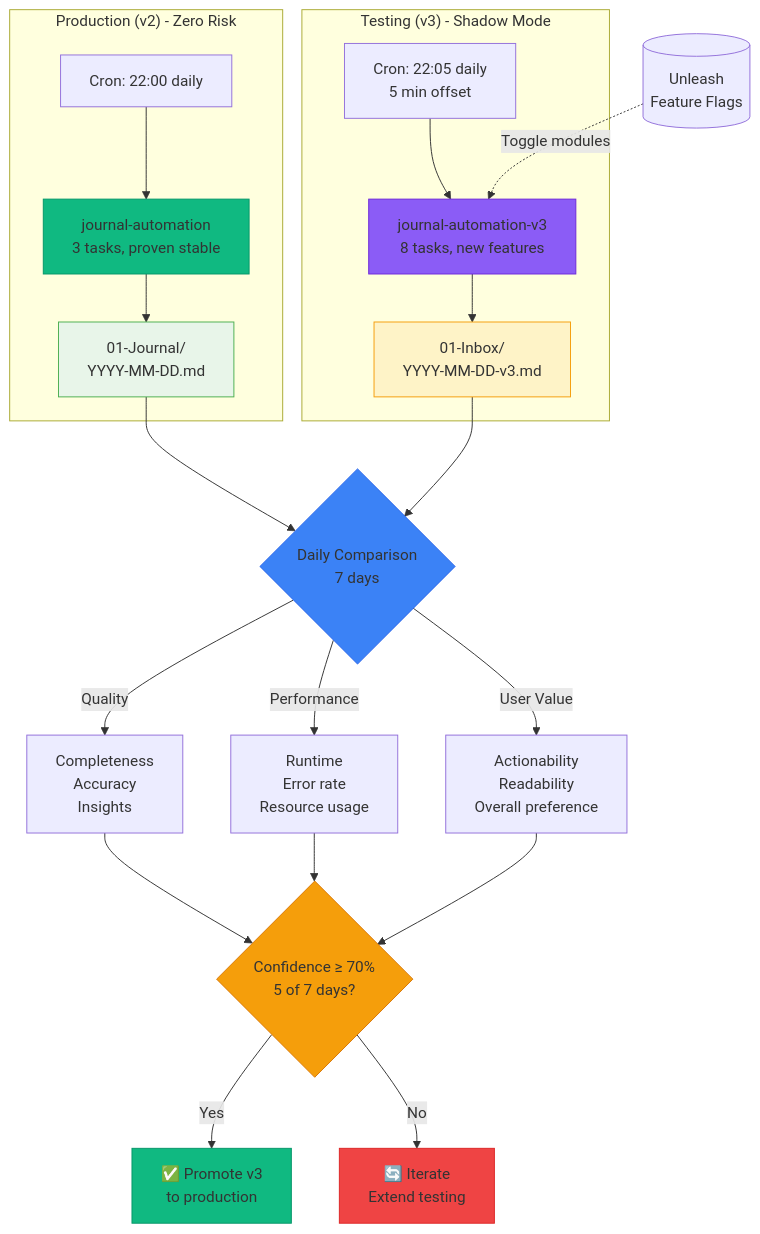
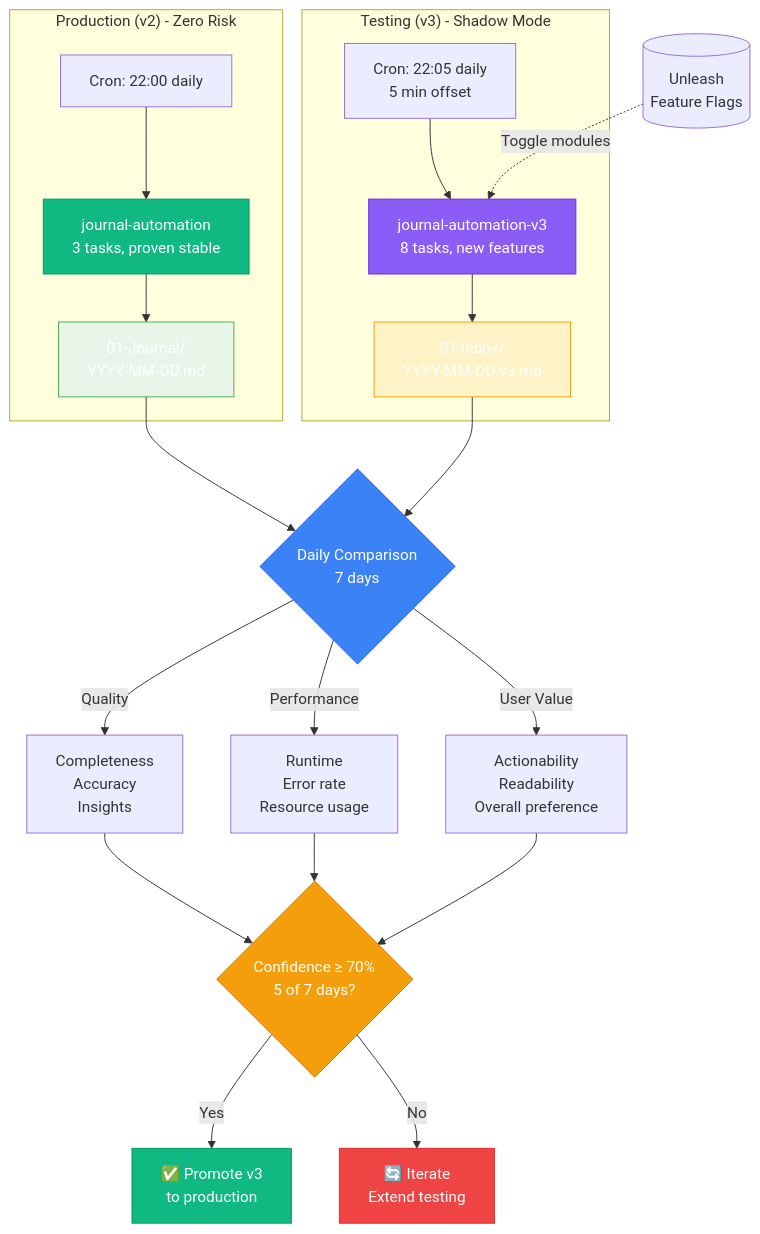
The sixth of 6 diagrams in src/data/blog/season-2-episode-4-three-systems-parallel-testing.md (rduffyuk/blog-astro), drawn with Mermaid before and after one commit. The commit also changed other lines of this file, not shown here.

First line of the commit message:
Match diagram 2 color pattern for dark mode compatibility

````diff
--- a/src/data/blog/season-2-episode-4-three-systems-parallel-testing.md
+++ b/src/data/blog/season-2-episode-4-three-systems-parallel-testing.md
@@ -639,46 +636,46 @@
 ```mermaid
 graph TB
     subgraph Production["Production (v2) - Zero Risk"]
         V2Cron[Cron: 22:00 daily]
         V2Flow[journal-automation<br/>3 tasks, proven stable]
         V2Output[01-Journal/<br/>YYYY-MM-DD.md]
 
         V2Cron --> V2Flow --> V2Output
 
-        style V2Flow fill:#10b981,stroke:#059669
-        style V2Output fill:#e8f5e9,stroke:#4caf50
+        style V2Flow fill:#10b981,stroke:#059669,color:#fff
+        style V2Output fill:#e8f5e9,stroke:#4caf50,color:#fff
     end
 
     subgraph Testing["Testing (v3) - Shadow Mode"]
         V3Cron[Cron: 22:05 daily<br/>5 min offset]
         V3Flow[journal-automation-v3<br/>8 tasks, new features]
         V3Output[01-Inbox/<br/>YYYY-MM-DD-v3.md]
 
         V3Cron --> V3Flow --> V3Output
 
-        style V3Flow fill:#8b5cf6,stroke:#6d28d9
-        style V3Output fill:#fef3c7,stroke:#f59e0b
+        style V3Flow fill:#8b5cf6,stroke:#6d28d9,color:#fff
+        style V3Output fill:#fef3c7,stroke:#f59e0b,color:#fff
     end
 
     Compare{Daily Comparison<br/>7 days}
     V2Output --> Compare
     V3Output --> Compare
 
     Compare -->|Quality| Score1[Completeness<br/>Accuracy<br/>Insights]
     Compare -->|Performance| Score2[Runtime<br/>Error rate<br/>Resource usage]
     Compare -->|User Value| Score3[Actionability<br/>Readability<br/>Overall preference]
 
     Score1 --> Decision{Confidence ≥ 70%<br/>5 of 7 days?}
     Score2 --> Decision
     Score3 --> Decision
 
     Decision -->|Yes| Promote[✅ Promote v3<br/>to production]
     Decision -->|No| Iterate[🔄 Iterate<br/>Extend testing]
 
     Unleash[(Unleash<br/>Feature Flags)] -.->|Toggle modules| V3Flow
 
-    style Compare fill:#3b82f6,stroke:#2563eb
-    style Decision fill:#f59e0b,stroke:#d97706
-    style Promote fill:#10b981,stroke:#059669
-    style Iterate fill:#ef4444,stroke:#dc2626
+    style Compare fill:#3b82f6,stroke:#2563eb,color:#fff
+    style Decision fill:#f59e0b,stroke:#d97706,color:#fff
+    style Promote fill:#10b981,stroke:#059669,color:#fff
+    style Iterate fill:#ef4444,stroke:#dc2626,color:#fff
 ```
````
